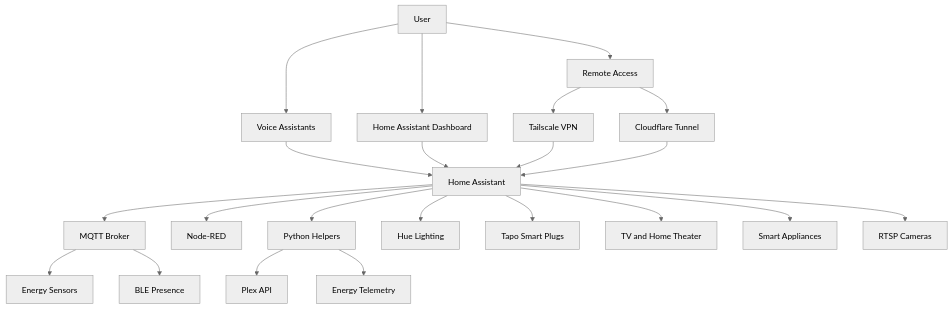
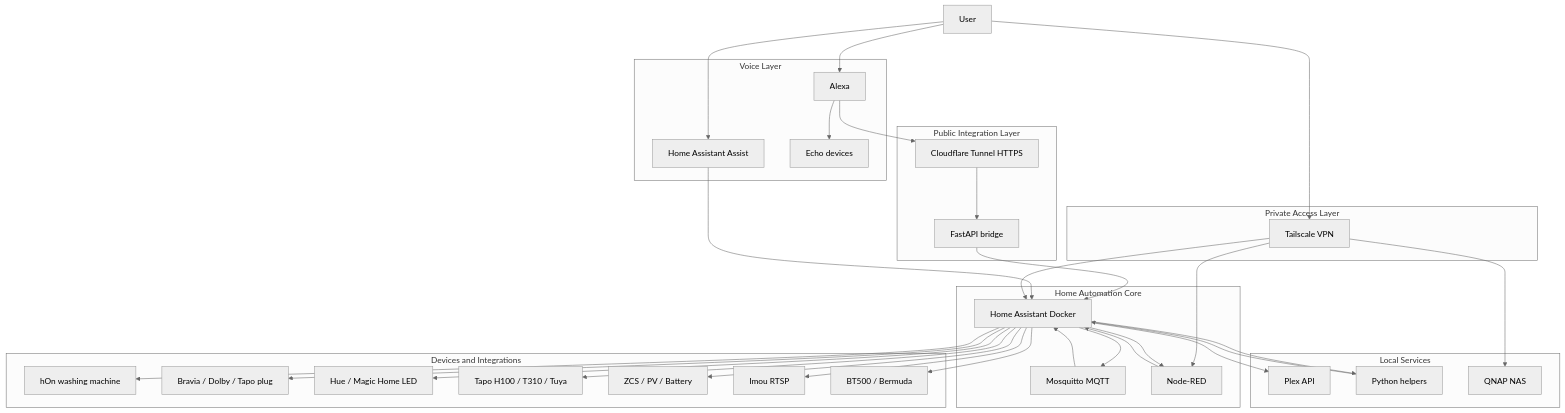
The diagram in docs/diagrams/architecture.md (keriol/Iot-home-automation), drawn with Mermaid (neutral theme) before and after one commit. The commit also changed other lines of this file and 5 other files, not shown here.

Commit message:
Document Alexa Custom Skill bridge MVP

````diff
--- a/docs/diagrams/architecture.md
+++ b/docs/diagrams/architecture.md
@@ -3,33 +3,72 @@
 ```mermaid
 flowchart TD
     User[User]
 
-    User --> Voice[Voice Assistants]
-    User --> Dashboard[Home Assistant Dashboard]
-    User --> Remote[Remote Access]
+    subgraph Voice["Voice Layer"]
+        Alexa[Alexa]
+        Assist[Home Assistant Assist]
+        Echo[Echo devices]
+    end
 
-    Voice --> HA[Home Assistant]
-    Dashboard --> HA
+    subgraph Public["Public Integration Layer"]
+        CF[Cloudflare Tunnel HTTPS]
+        FastAPI[FastAPI bridge]
+    end
 
-    HA --> MQTT[MQTT Broker]
-    HA --> NR[Node-RED]
-    HA --> PY[Python Helpers]
+    subgraph Private["Private Access Layer"]
+        VPN[Tailscale VPN]
+    end
 
-    MQTT --> Energy[Energy Sensors]
-    MQTT --> Presence[BLE Presence]
+    subgraph Core["Home Automation Core"]
+        HA[Home Assistant Docker]
+        MQTT[Mosquitto MQTT]
+        NodeRED[Node-RED]
+    end
 
-    PY --> Plex[Plex API]
-    PY --> ZCS[Energy Telemetry]
+    subgraph Services["Local Services"]
+        Plex[Plex API]
+        Python[Python helpers]
+        QNAP[QNAP NAS]
+    end
 
-    HA --> Lights[Hue Lighting]
-    HA --> Plugs[Tapo Smart Plugs]
-    HA --> Media[TV and Home Theater]
-    HA --> Appliances[Smart Appliances]
-    HA --> Cameras[RTSP Cameras]
+    subgraph Devices["Devices and Integrations"]
+        Laundry[hOn washing machine]
+        Theater[Bravia / Dolby / Tapo plug]
+        Lights[Hue / Magic Home LED]
+        Climate[Tapo H100 / T310 / Tuya]
+        Energy[ZCS / PV / Battery]
+        Cameras[Imou RTSP]
+        Presence[BT500 / Bermuda]
+    end
 
-    Remote --> Tailscale[Tailscale VPN]
-    Remote --> Cloudflare[Cloudflare Tunnel]
+    User --> Alexa
+    User --> Assist
+    User --> VPN
 
-    Tailscale --> HA
-    Cloudflare --> HA
+    Alexa --> Echo
+    Alexa --> CF
+    CF --> FastAPI
+    FastAPI --> HA
+
+    Assist --> HA
+    VPN --> HA
+    VPN --> QNAP
+    VPN --> NodeRED
+
+    HA --> MQTT
+    HA --> NodeRED
+    HA --> Python
+    HA --> Plex
+
+    HA --> Laundry
+    HA --> Theater
+    HA --> Lights
+    HA --> Climate
+    HA --> Energy
+    HA --> Cameras
+    HA --> Presence
+
+    MQTT --> HA
+    NodeRED --> HA
+    Python --> HA
 ```
````
